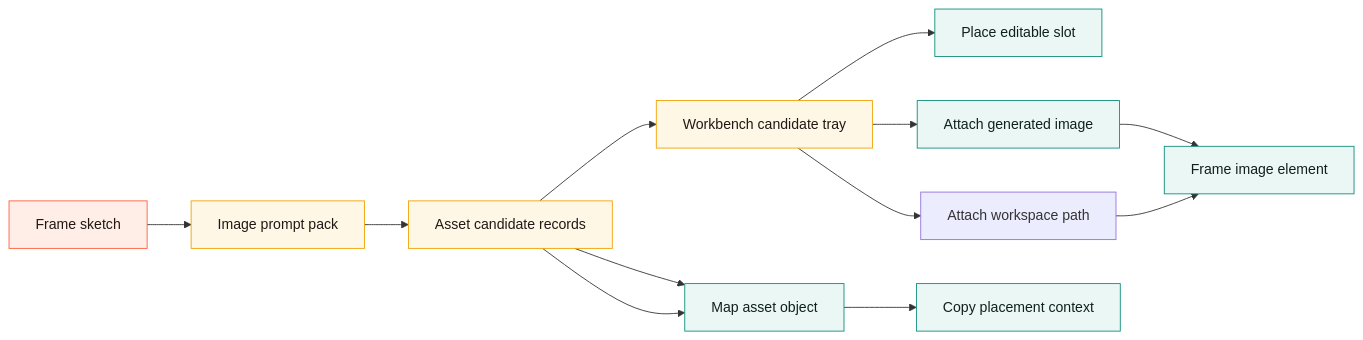
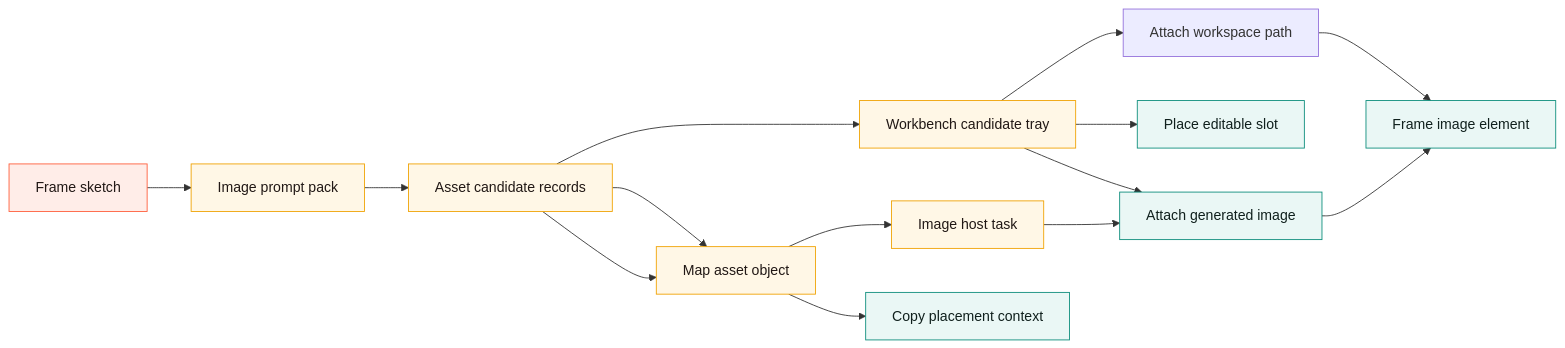
The ninth of 11 diagrams in docs/FEATURES.md (varshneydevansh/Canvax), drawn with Mermaid before and after one commit. The commit also changed other lines of this file and 14 other files, not shown here.

Commit message:
feat: add image host task handoff

````diff
--- a/docs/FEATURES.md
+++ b/docs/FEATURES.md
@@ -922,21 +934,23 @@
 ```mermaid
 flowchart LR
     A[Frame sketch] --> B[Image prompt pack]
     B --> C[Asset candidate records]
     C --> H[Image generation brief]
+    H --> K[Image host task]
     C --> D[Workbench candidate tray]
+    K --> F
     D --> E[Place editable slot]
     D --> F[Attach generated image]
     D --> J[Attach workspace path]
     F --> G[Frame image element]
     J --> G
     C --> H[Map asset object]
     H --> I[Copy placement context]
 
     classDef sketch fill:#ffede8,stroke:#ff5d3a,color:#211815;
     classDef pack fill:#fff7e6,stroke:#f0a202,color:#211815;
     classDef image fill:#eaf7f5,stroke:#0c8d7b,color:#10201d;
     class A sketch;
-    class B,C,D pack;
-    class E,F,G,H,I image;
+    class B,C,D,H,K pack;
+    class E,F,G,I image;
 ```
````
